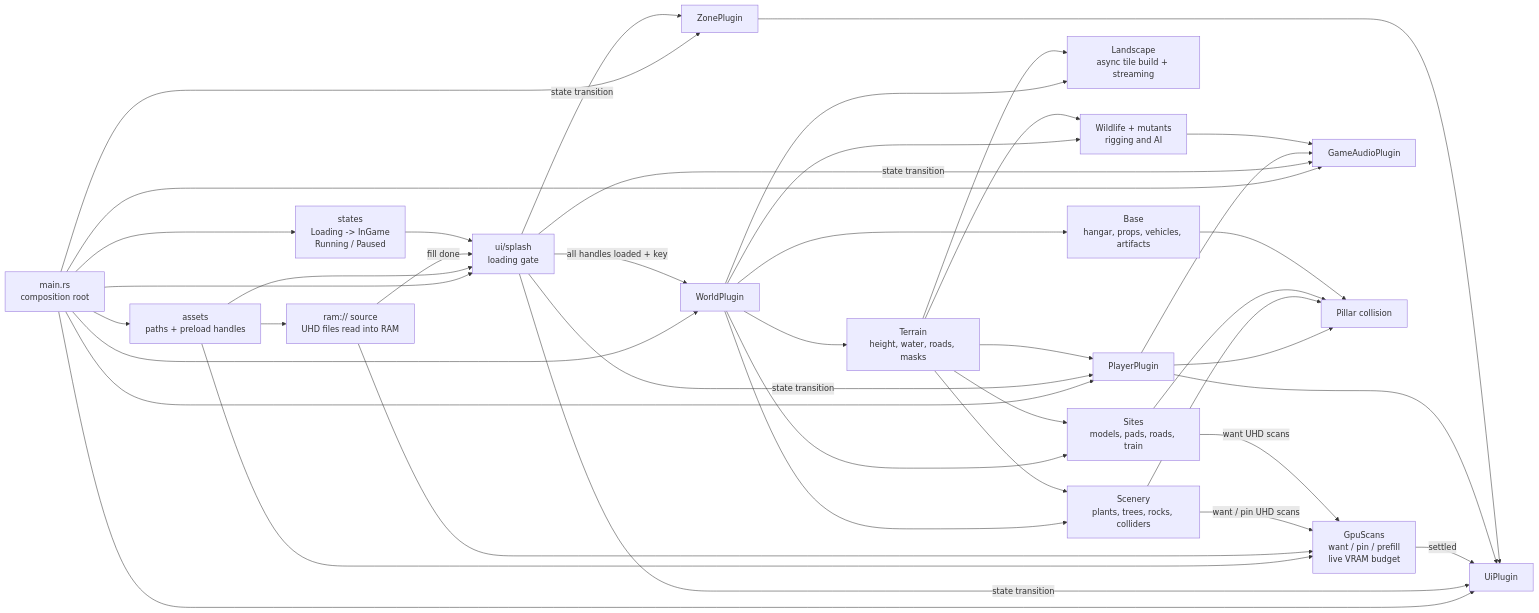
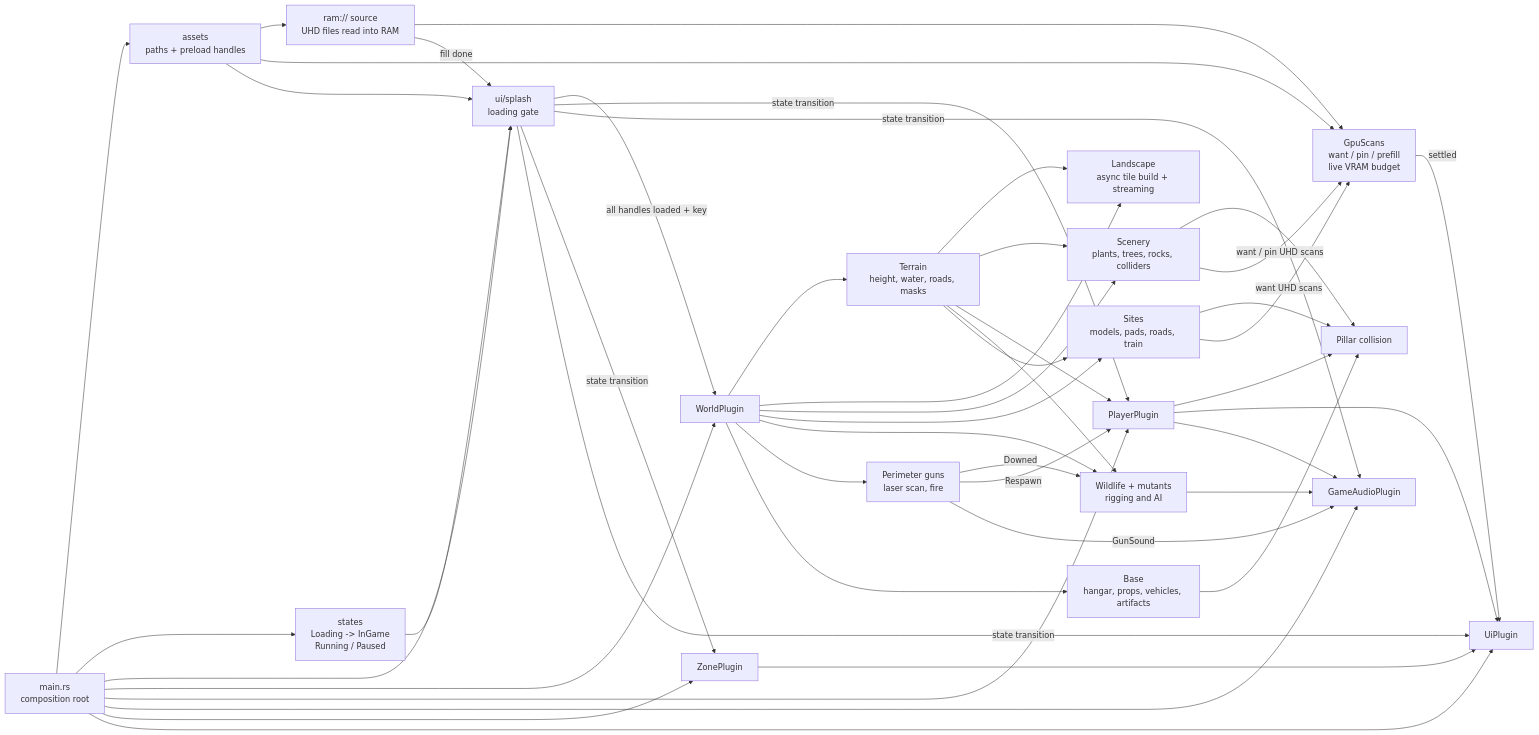
Before and after one commit to bemcho/roadside-picnic-overwatch: the diagram in arch-readme.md, drawn with Mermaid. The commit also changed other lines of this file and 54 other files, not shown here.

First line of the commit message:
institute-fleet: Institute carrier, helicopters, Perimeter guns, townsfolk and emergency traffic

````diff
--- a/arch-readme.md
+++ b/arch-readme.md
@@ -35,52 +35,56 @@
 ```mermaid
 flowchart LR
     MAIN["main.rs\ncomposition root"]
 
     MAIN --> ASSETS["assets\npaths + preload handles"]
     ASSETS --> RAM["ram:// source\nUHD files read into RAM"]
     ASSETS --> SCANS["GpuScans\nwant / pin / prefill\nlive VRAM budget"]
     RAM --> SCANS
     MAIN --> STATES["states\nLoading -> InGame\nRunning / Paused"]
     MAIN --> SPLASH["ui/splash\nloading gate"]
     MAIN --> WORLD["WorldPlugin"]
     MAIN --> PLAYER["PlayerPlugin"]
     MAIN --> AUDIO["GameAudioPlugin"]
     MAIN --> ZONE["ZonePlugin"]
     MAIN --> UI["UiPlugin"]
 
     ASSETS --> SPLASH
     RAM -->|"fill done"| SPLASH
     STATES --> SPLASH
     SPLASH -->|"all handles loaded + key"| WORLD
     SPLASH -->|"state transition"| PLAYER
     SPLASH -->|"state transition"| AUDIO
     SPLASH -->|"state transition"| ZONE
     SPLASH -->|"state transition"| UI
 
     WORLD --> TERRAIN["Terrain\nheight, water, roads, masks"]
     WORLD --> LANDSCAPE["Landscape\nasync tile build + streaming"]
     WORLD --> SCENERY["Scenery\nplants, trees, rocks, colliders"]
     WORLD --> SITES["Sites\nmodels, pads, roads, train"]
     WORLD --> WILDLIFE["Wildlife + mutants\nrigging and AI"]
+    WORLD --> TURRETS["Perimeter guns\nlaser scan, fire"]
+    TURRETS -->|"Downed"| WILDLIFE
+    TURRETS -->|"Respawn"| PLAYER
+    TURRETS -->|"GunSound"| AUDIO
     WORLD --> BASE["Base\nhangar, props, vehicles, artifacts"]
 
     TERRAIN --> LANDSCAPE
     TERRAIN --> SCENERY
     TERRAIN --> PLAYER
     TERRAIN --> WILDLIFE
     TERRAIN --> SITES
 
     PLAYER --> COLLISION["Pillar collision"]
     SCENERY --> COLLISION
     SITES --> COLLISION
     BASE --> COLLISION
 
     SCENERY -->|"want / pin UHD scans"| SCANS
     SITES -->|"want UHD scans"| SCANS
     SCANS -->|"settled"| UI
 
     PLAYER --> UI
     PLAYER --> AUDIO
     WILDLIFE --> AUDIO
     ZONE --> UI
 ```
````
